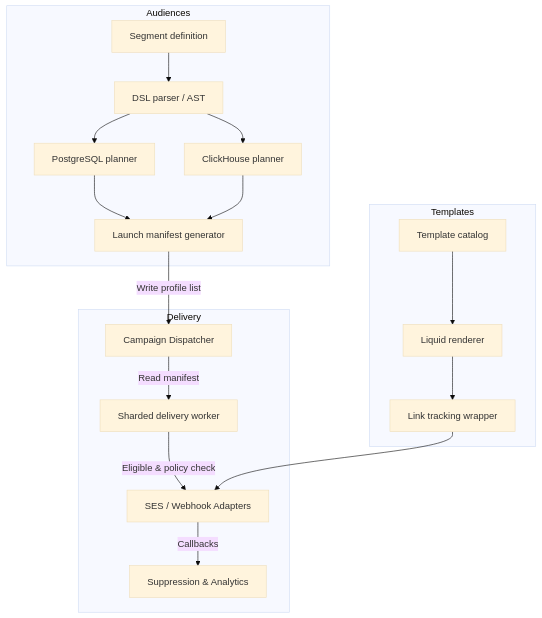
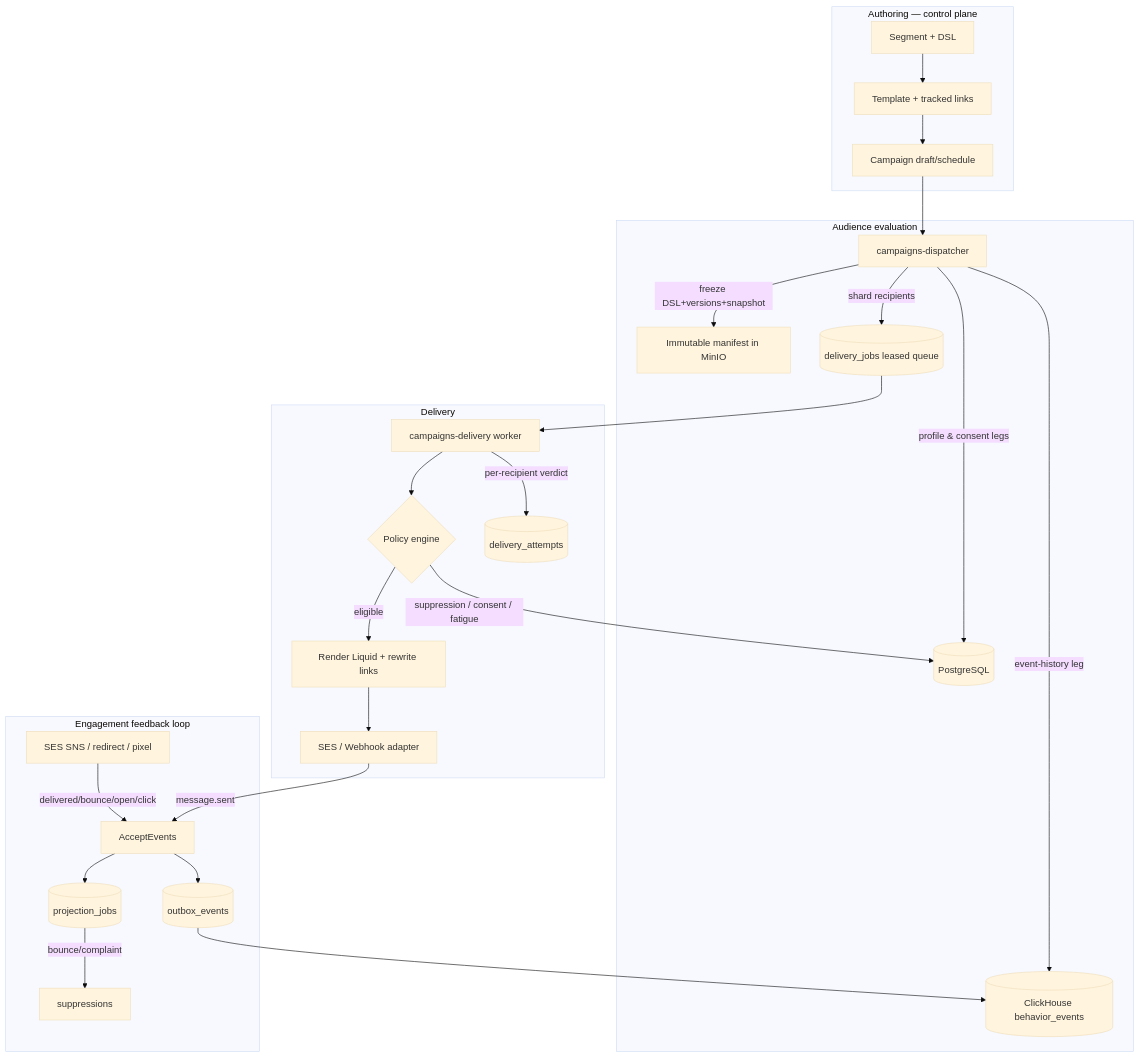
One commit to buildwithdmytro/openjourney changed the diagram in docs/milestones/v1-milestone-2-plan.md. Above: the diagram before and after it, drawn with Mermaid (base theme). The commit also changed other lines of this file, not shown here.

Commit message:
docs: update Milestone 2 architectural design and schema documentation

````diff
--- a/docs/milestones/v1-milestone-2-plan.md
+++ b/docs/milestones/v1-milestone-2-plan.md
@@ -14,20 +41,31 @@
 ```mermaid
 flowchart TD
-    subgraph Audiences
-        A[Segment definition] --> B[DSL parser / AST]
-        B --> C[PostgreSQL planner]
-        B --> D[ClickHouse planner]
-        C & D --> E[Launch manifest generator]
+    subgraph Authoring[Authoring — control plane]
+        SEG[Segment + DSL] --> TMPL[Template + tracked links]
+        TMPL --> CAMP[Campaign draft/schedule]
     end
-    subgraph Templates
-        F[Template catalog] --> G[Liquid renderer]
-        G --> H[Link tracking wrapper]
+
+    subgraph Compile[Audience evaluation]
+        CAMP --> DISP[campaigns-dispatcher]
+        DISP -->|profile & consent legs| PG[(PostgreSQL)]
+        DISP -->|event-history leg| CH[(ClickHouse behavior_events)]
+        DISP -->|freeze DSL+versions+snapshot| MAN[Immutable manifest in MinIO]
+        DISP -->|shard recipients| DJ[(delivery_jobs leased queue)]
     end
-    subgraph Delivery
-        I[Campaign Dispatcher] -->|Read manifest| J[Sharded delivery worker]
-        J -->|Eligible & policy check| K[SES / Webhook Adapters]
-        K -->|Callbacks| L[Suppression & Analytics]
+
+    subgraph Deliver[Delivery]
+        DJ --> DW[campaigns-delivery worker]
+        DW --> POL{Policy engine}
+        POL -->|suppression / consent / fatigue| PG
+        POL -->|eligible| REND[Render Liquid + rewrite links]
+        REND --> ADP[SES / Webhook adapter]
+        DW -->|per-recipient verdict| DA[(delivery_attempts)]
     end
-    E -->|Write profile list| I
-    H --> K
+
+    subgraph Feedback[Engagement feedback loop]
+        ADP -->|message.sent| ING[AcceptEvents]
+        SNS[SES SNS / redirect / pixel] -->|delivered/bounce/open/click| ING
+        ING --> OUT[(outbox_events)] --> CH
+        ING --> PJ[(projection_jobs)] -->|bounce/complaint| PG_SUP[suppressions]
+    end
 ```
````
